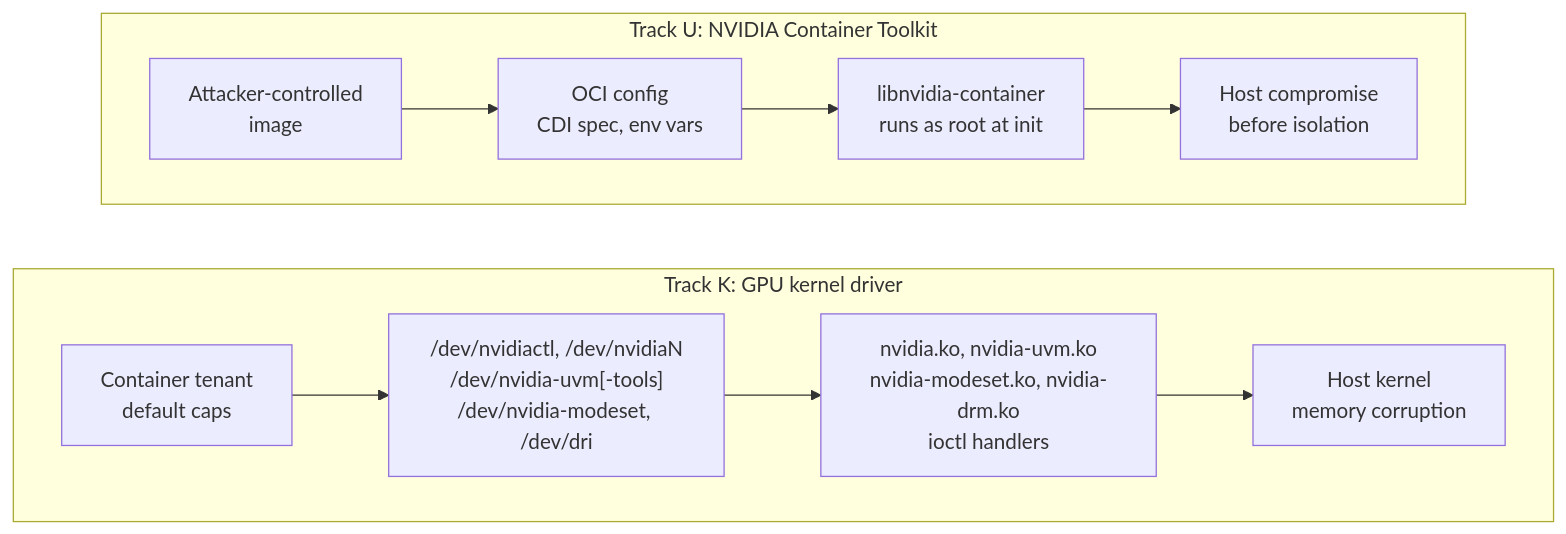
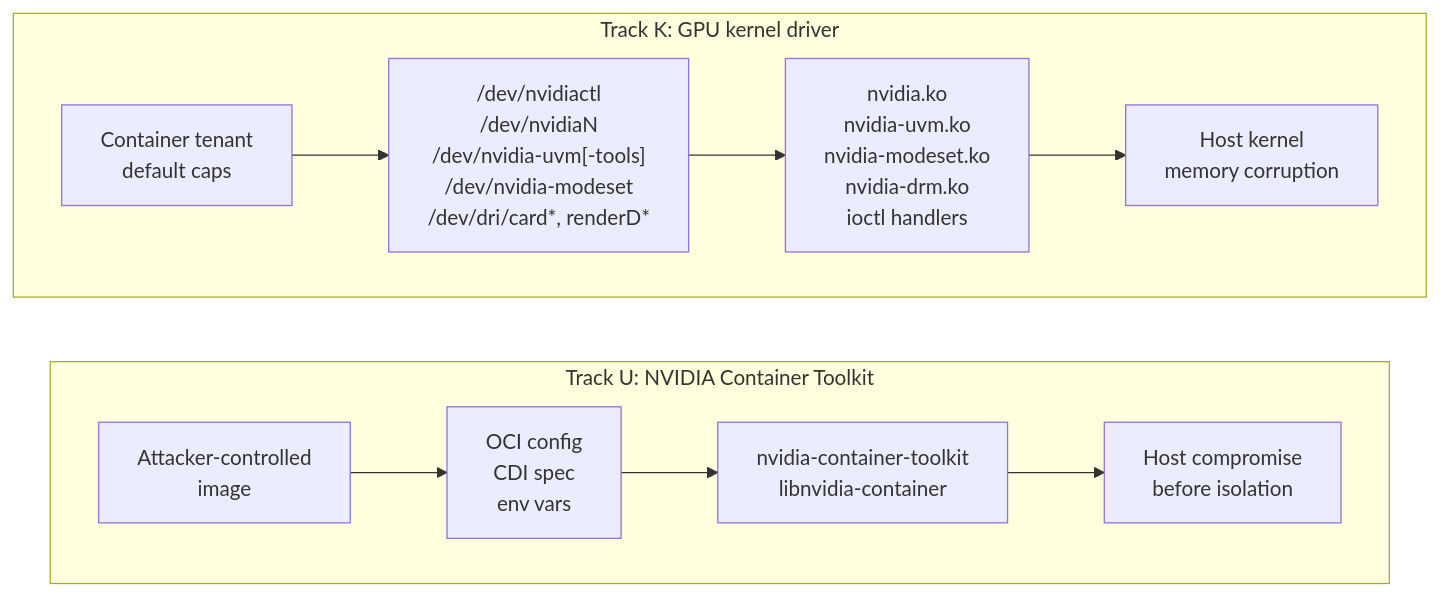
Before and after one commit to Indspl0it/gspwn: the first of 2 diagrams in docs/src/content/docs/index.mdx, drawn with Mermaid. The commit also changed other lines of this file and 6 other files, not shown here.

````diff
--- a/docs/src/content/docs/index.mdx
+++ b/docs/src/content/docs/index.mdx
@@ -81,15 +64,15 @@
 ```mermaid
 flowchart LR
+  subgraph U["Track U: NVIDIA Container Toolkit"]
+    direction LR
+    T2["Attacker-controlled<br/>image"] --> N2["OCI config<br/>CDI spec<br/>env vars"]
+    N2 --> M2["nvidia-container-toolkit<br/>libnvidia-container"]
+    M2 --> H2["Host compromise<br/>before isolation"]
+  end
   subgraph K["Track K: GPU kernel driver"]
     direction LR
-    T1["Container tenant<br/>default caps"] --> N1["/dev/nvidiactl, /dev/nvidiaN<br/>/dev/nvidia-uvm[-tools]<br/>/dev/nvidia-modeset, /dev/dri"]
-    N1 --> M1["nvidia.ko, nvidia-uvm.ko<br/>nvidia-modeset.ko, nvidia-drm.ko<br/>ioctl handlers"]
+    T1["Container tenant<br/>default caps"] --> N1["/dev/nvidiactl<br/>/dev/nvidiaN<br/>/dev/nvidia-uvm[-tools]<br/>/dev/nvidia-modeset<br/>/dev/dri/card*, renderD*"]
+    N1 --> M1["nvidia.ko<br/>nvidia-uvm.ko<br/>nvidia-modeset.ko<br/>nvidia-drm.ko<br/>ioctl handlers"]
     M1 --> H1["Host kernel<br/>memory corruption"]
   end
-  subgraph U["Track U: NVIDIA Container Toolkit"]
-    direction LR
-    T2["Attacker-controlled<br/>image"] --> N2["OCI config<br/>CDI spec, env vars"]
-    N2 --> M2["libnvidia-container<br/>runs as root at init"]
-    M2 --> H2["Host compromise<br/>before isolation"]
-  end
 ```
````
